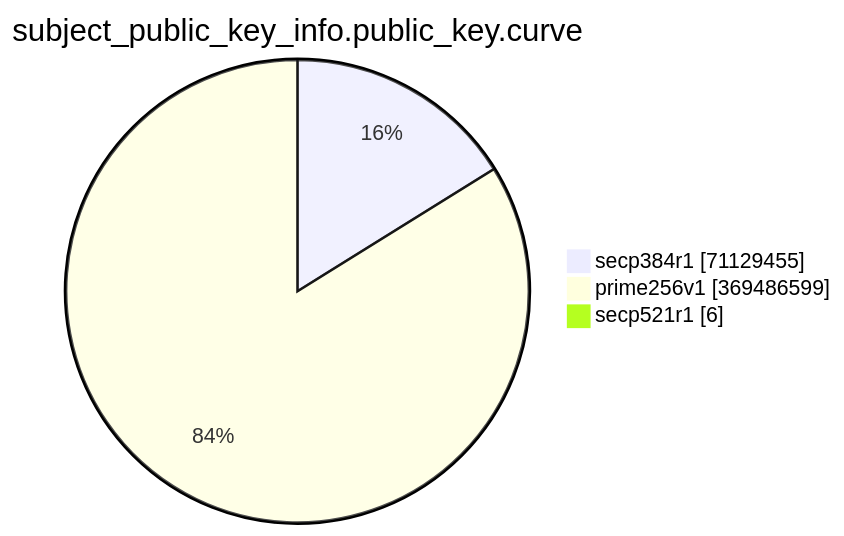
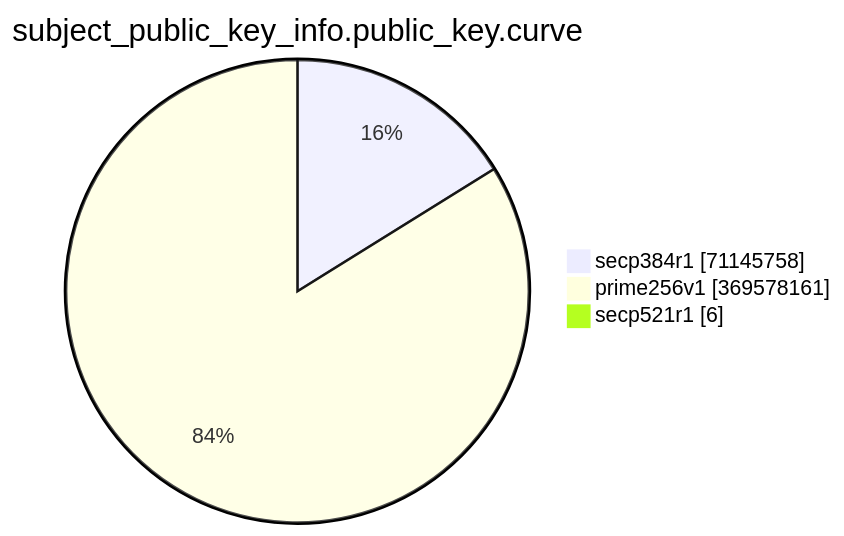
One commit to christiankrug/ctmonitor_visualization changed the eighth of 15 diagrams in TOTAL/README.md. Above: the diagram before and after it, drawn with Mermaid. The commit also changed other lines of this file, not shown here.

````diff
--- a/TOTAL/README.md
+++ b/TOTAL/README.md
@@ -3094,7 +3094,7 @@
 ```mermaid
 pie showData
 title subject_public_key_info.public_key.curve
-"secp384r1" :71129455
-"prime256v1" :369486599
+"secp384r1" :71145758
+"prime256v1" :369578161
 "secp521r1" :6
 ```
````
